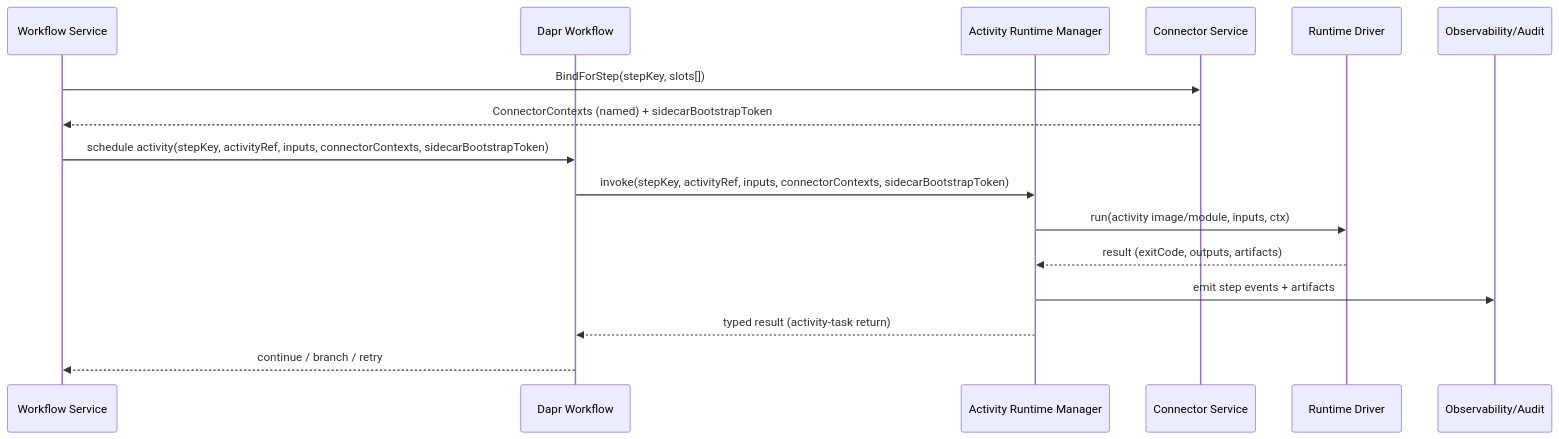
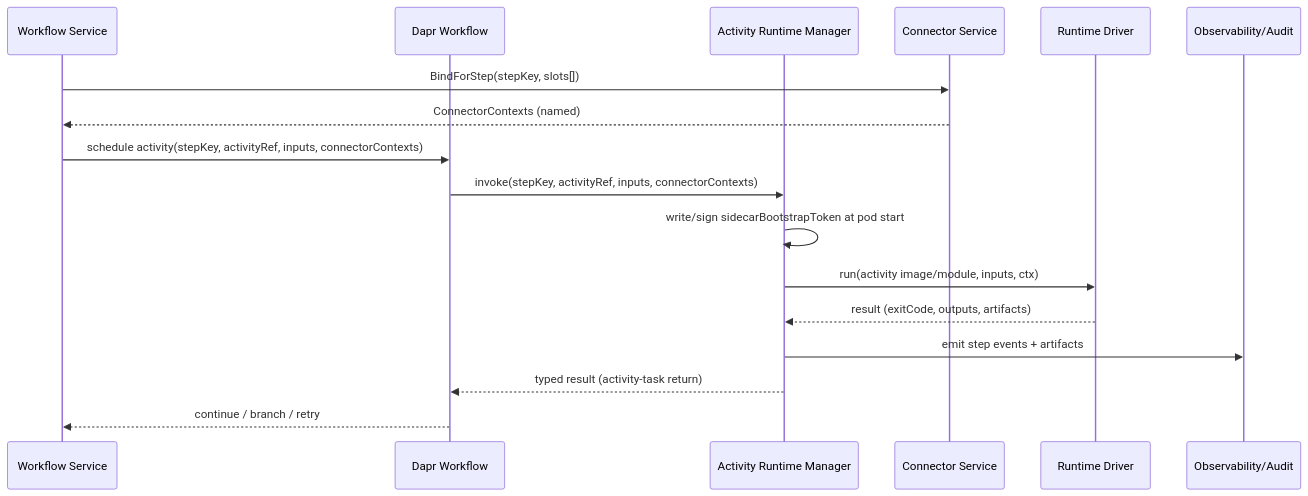
Before and after one commit to toddysm/custos: the fifth of 10 diagrams in design/architecture/overview.md, drawn with Mermaid.

Commit message:
Potential fix for pull request finding

````diff
--- a/design/architecture/overview.md
+++ b/design/architecture/overview.md
@@ -302,19 +302,20 @@
 ```mermaid
 sequenceDiagram
     participant WF as Workflow Service
     participant Dapr as Dapr Workflow
     participant ARM as Activity Runtime Manager
     participant Conn as Connector Service
     participant Driver as Runtime Driver
     participant Audit as Observability/Audit
 
     WF->>Conn: BindForStep(stepKey, slots[])
-    Conn-->>WF: ConnectorContexts (named) + sidecarBootstrapToken
-    WF->>Dapr: schedule activity(stepKey, activityRef, inputs, connectorContexts, sidecarBootstrapToken)
-    Dapr->>ARM: invoke(stepKey, activityRef, inputs, connectorContexts, sidecarBootstrapToken)
+    Conn-->>WF: ConnectorContexts (named)
+    WF->>Dapr: schedule activity(stepKey, activityRef, inputs, connectorContexts)
+    Dapr->>ARM: invoke(stepKey, activityRef, inputs, connectorContexts)
+    ARM->>ARM: write/sign sidecarBootstrapToken at pod start
     ARM->>Driver: run(activity image/module, inputs, ctx)
     Driver-->>ARM: result (exitCode, outputs, artifacts)
     ARM->>Audit: emit step events + artifacts
     ARM-->>Dapr: typed result (activity-task return)
     Dapr-->>WF: continue / branch / retry
 ```
````
